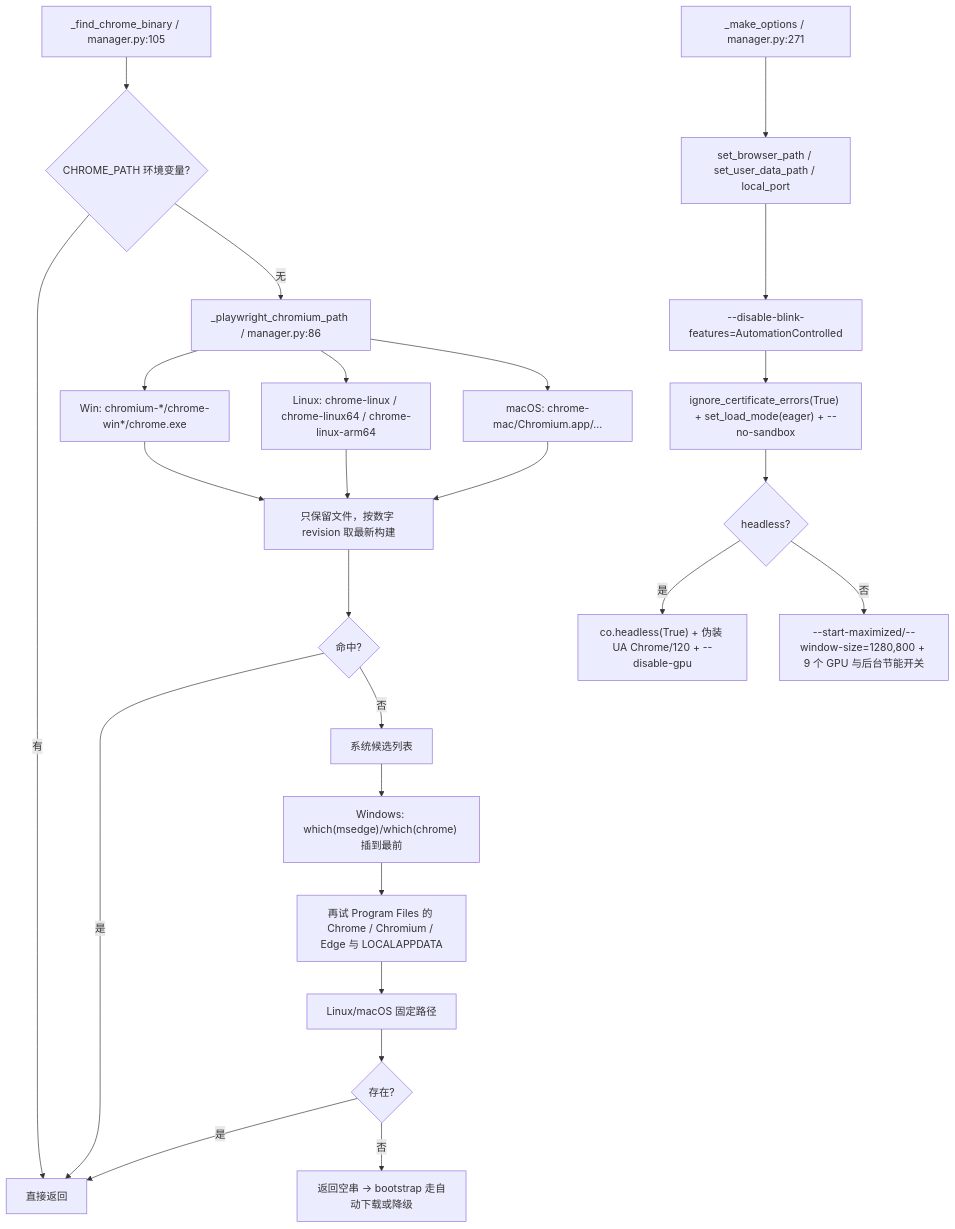
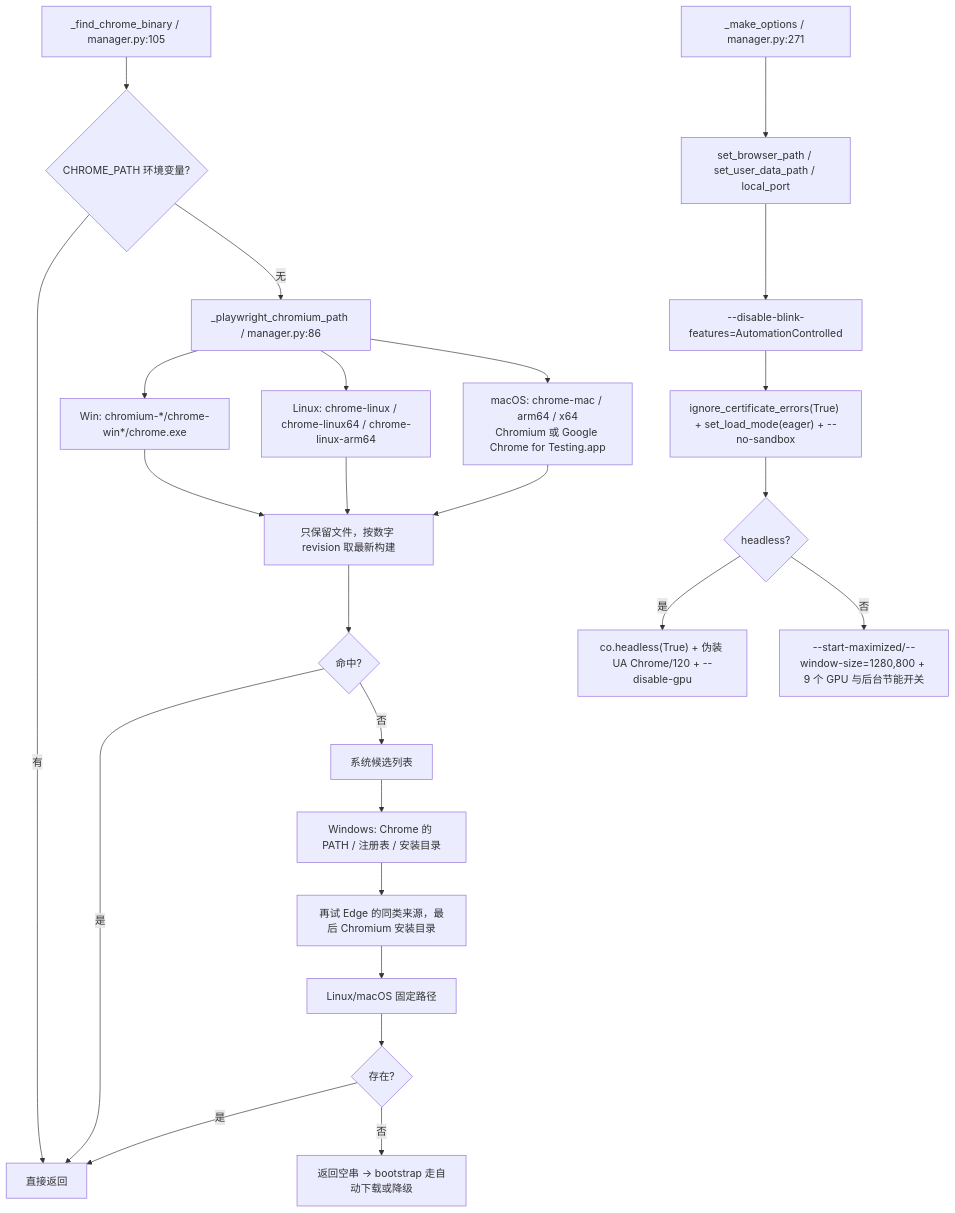
The fourth of 14 diagrams in docs/flow/12-browser-automation.md (SuperQuail/NeoBot), drawn with Mermaid before and after one commit. The commit also changed other lines of this file and 7 other files, not shown here.

````diff
--- a/docs/flow/12-browser-automation.md
+++ b/docs/flow/12-browser-automation.md
@@ -171,27 +174,27 @@
 ```mermaid
 flowchart TD
     A["_find_chrome_binary / manager.py:105"] --> B{"CHROME_PATH 环境变量?"}
     B -- 有 --> Z["直接返回"]
     B -- 无 --> C["_playwright_chromium_path / manager.py:86"]
     C --> C1["Win: chromium-*/chrome-win*/chrome.exe"]
     C --> C2["Linux: chrome-linux / chrome-linux64 / chrome-linux-arm64"]
-    C --> C3["macOS: chrome-mac/Chromium.app/..."]
+    C --> C3["macOS: chrome-mac / arm64 / x64<br/>Chromium 或 Google Chrome for Testing.app"]
     C1 --> C4["只保留文件，按数字 revision 取最新构建"]
     C2 --> C4
     C3 --> C4
     C4 --> D{"命中?"}
     D -- 是 --> Z
     D -- 否 --> E["系统候选列表"]
-    E --> E1["Windows: which(msedge)/which(chrome) 插到最前"]
-    E1 --> E2["再试 Program Files 的 Chrome / Chromium / Edge 与 LOCALAPPDATA"]
+    E --> E1["Windows: Chrome 的 PATH / 注册表 / 安装目录"]
+    E1 --> E2["再试 Edge 的同类来源，最后 Chromium 安装目录"]
     E2 --> E3["Linux/macOS 固定路径"]
     E3 --> F{"存在?"}
     F -- 是 --> Z
     F -- 否 --> G["返回空串 → bootstrap 走自动下载或降级"]
     H["_make_options / manager.py:271"] --> H1["set_browser_path / set_user_data_path / local_port"]
     H1 --> H2["--disable-blink-features=AutomationControlled"]
     H2 --> H3["ignore_certificate_errors(True) + set_load_mode(eager) + --no-sandbox"]
     H3 --> H4{"headless?"}
     H4 -- 是 --> H5["co.headless(True) + 伪装 UA Chrome/120 + --disable-gpu"]
     H4 -- 否 --> H6["--start-maximized/--window-size=1280,800 + 9 个 GPU 与后台节能开关"]
 ```
````
